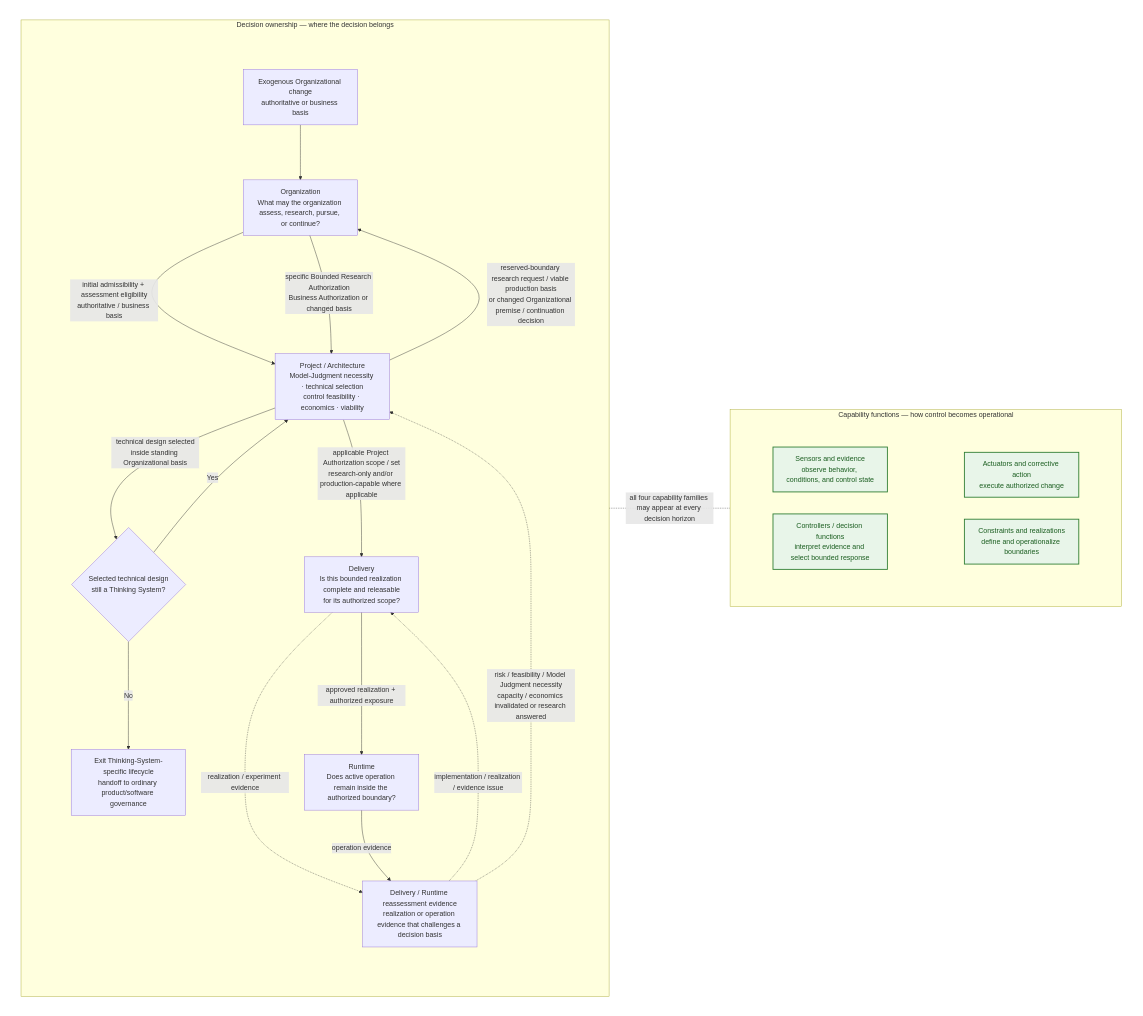
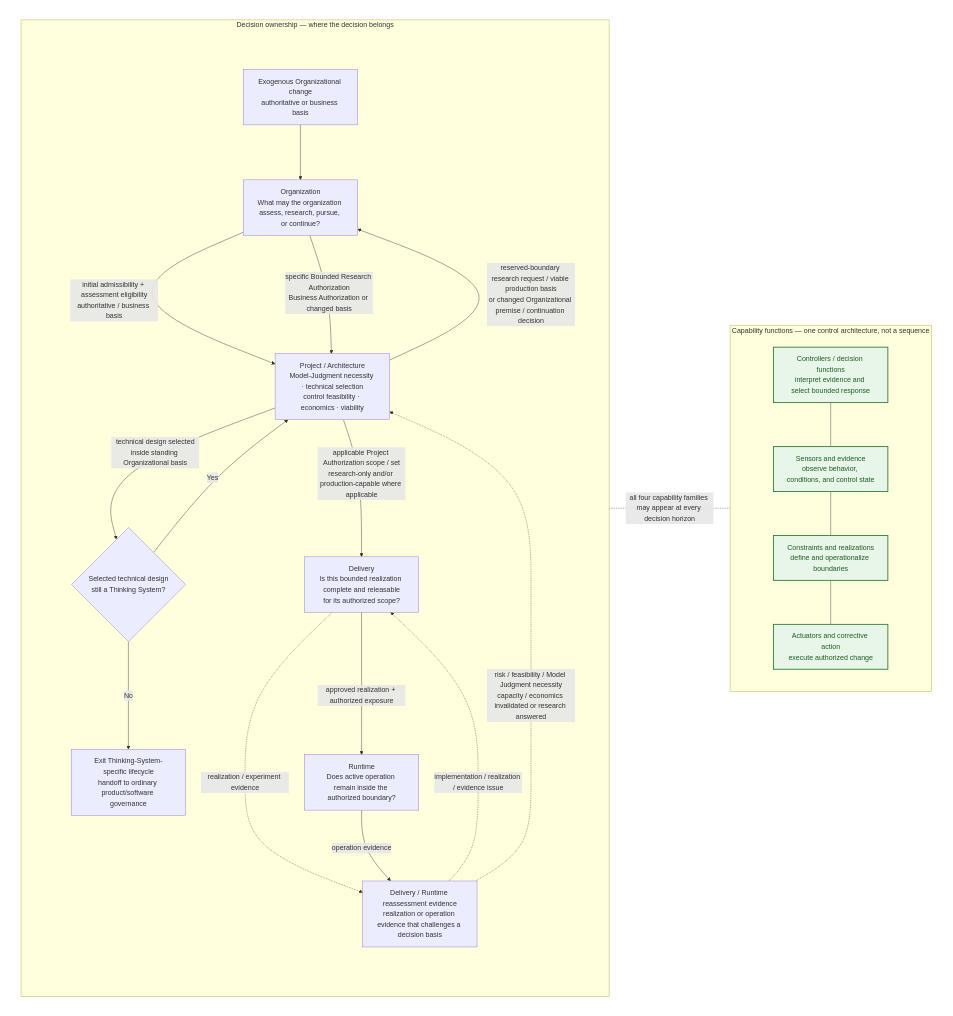
The ninth of 15 diagrams in content/research/notes/open-engineering-specification-article-draft.md (UncertaintyArchitectureGroup/uncertainty-architecture), drawn with Mermaid before and after one commit. The commit also changed other lines of this file and 4 other files, not shown here.

Commit message:
research: enforce vertical diagram architecture

````diff
--- a/content/research/notes/open-engineering-specification-article-draft.md
+++ b/content/research/notes/open-engineering-specification-article-draft.md
@@ -528,54 +528,47 @@
 ```mermaid
 flowchart TB
     subgraph ROW_ORTHO[" "]
         direction LR
         subgraph L["Decision ownership — where the decision belongs"]
             direction TB
             subgraph SPINE9[" "]
                 direction TB
                 O["Organization<br/>What may the organization assess, research, pursue, or continue?"]
                 P["Project / Architecture<br/>Model-Judgment necessity · technical selection<br/>control feasibility · economics · viability"]
                 CAT{"Selected technical design<br/>still a Thinking System?"}
                 EXIT["Exit Thinking-System-specific lifecycle<br/>handoff to ordinary product/software governance"]
                 D["Delivery<br/>Is this bounded realization complete and releasable<br/>for its authorized scope?"]
                 R["Runtime<br/>Does active operation remain inside the authorized boundary?"]
                 E["Delivery / Runtime reassessment evidence<br/>realization or operation evidence that challenges a decision basis"]
                 X["Exogenous Organizational change<br/>authoritative or business basis"]
 
                 O -->|initial admissibility + assessment eligibility<br/>authoritative / business basis| P
                 P -->|technical design selected<br/>inside standing Organizational basis| CAT
                 CAT -->|No| EXIT
                 CAT -->|Yes| P
                 P -->|reserved-boundary research request / viable production basis<br/>or changed Organizational premise / continuation decision| O
                 O -->|specific Bounded Research Authorization<br/>Business Authorization or changed basis| P
                 P -->|applicable Project Authorization scope / set<br/>research-only and/or production-capable where applicable| D
                 D -->|approved realization + authorized exposure| R
                 D -.->|realization / experiment evidence| E
                 R -->|operation evidence| E
                 X --> O
             end
             E -.->|implementation / realization / evidence issue| D
             E -.->|risk / feasibility / Model Judgment necessity<br/>capacity / economics invalidated or research answered| P
             style SPINE9 fill:transparent,stroke:transparent
         end
-        subgraph F["Capability functions — how control becomes operational"]
+        subgraph F["Capability functions — one control architecture, not a sequence"]
             direction TB
-            subgraph CAP_TOP[" "]
-                direction LR
-                A["Actuators and corrective action<br/>execute authorized change"]
-                K["Constraints and realizations<br/>define and operationalize boundaries"]
-            end
-            subgraph CAP_BOTTOM[" "]
-                direction LR
-                S["Sensors and evidence<br/>observe behavior, conditions, and control state"]
-                C["Controllers / decision functions<br/>interpret evidence and select bounded response"]
-            end
+            C["Controllers / decision functions<br/>interpret evidence and select bounded response"]
+            S["Sensors and evidence<br/>observe behavior, conditions, and control state"]
+            K["Constraints and realizations<br/>define and operationalize boundaries"]
+            A["Actuators and corrective action<br/>execute authorized change"]
+            C --- S --- K --- A
         end
     end
     L -. "all four capability families may appear at every decision horizon" .- F
     classDef capability fill:#e8f5e9,stroke:#2e7d32,stroke-width:2px,color:#1b5e20;
     class A,K,S,C capability;
     style ROW_ORTHO fill:transparent,stroke:transparent
-    style CAP_TOP fill:transparent,stroke:transparent
-    style CAP_BOTTOM fill:transparent,stroke:transparent
 ```
````
